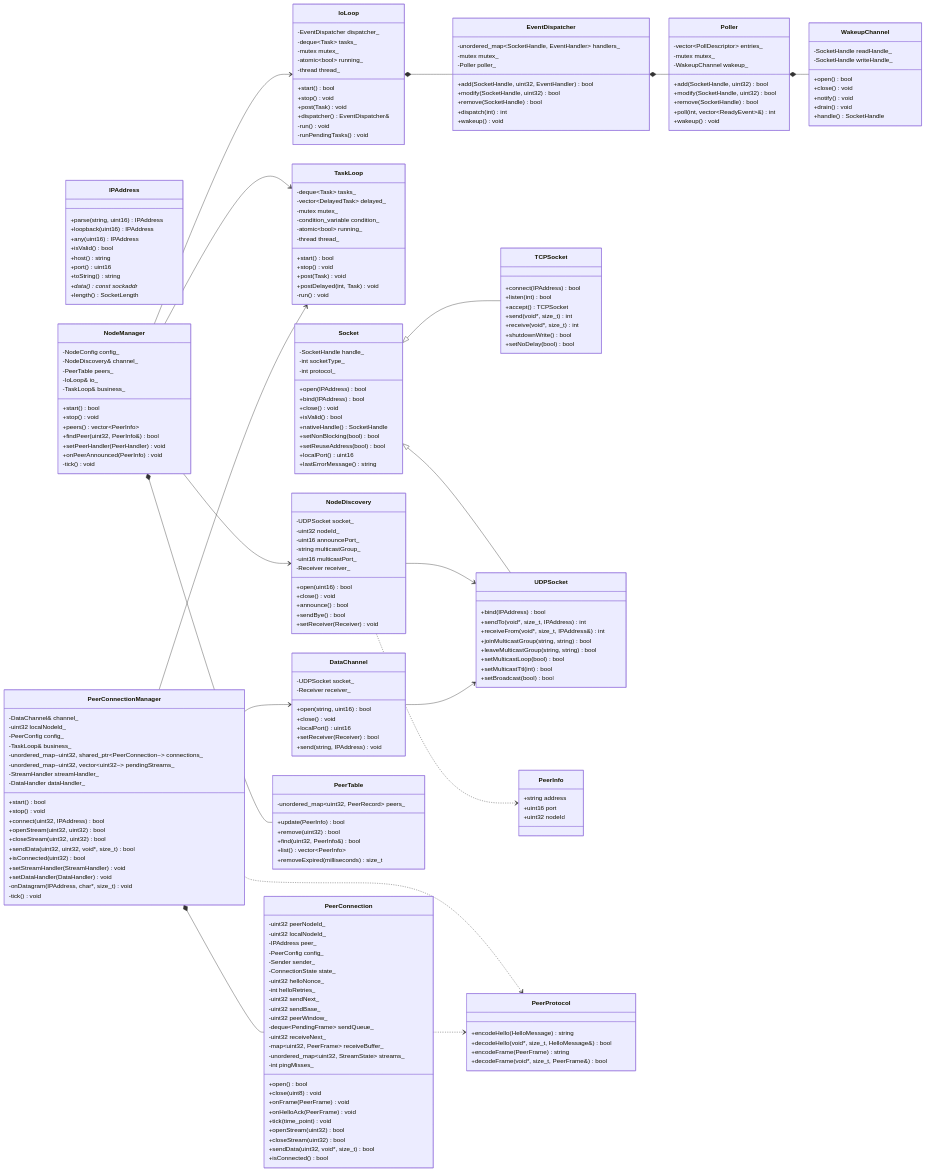
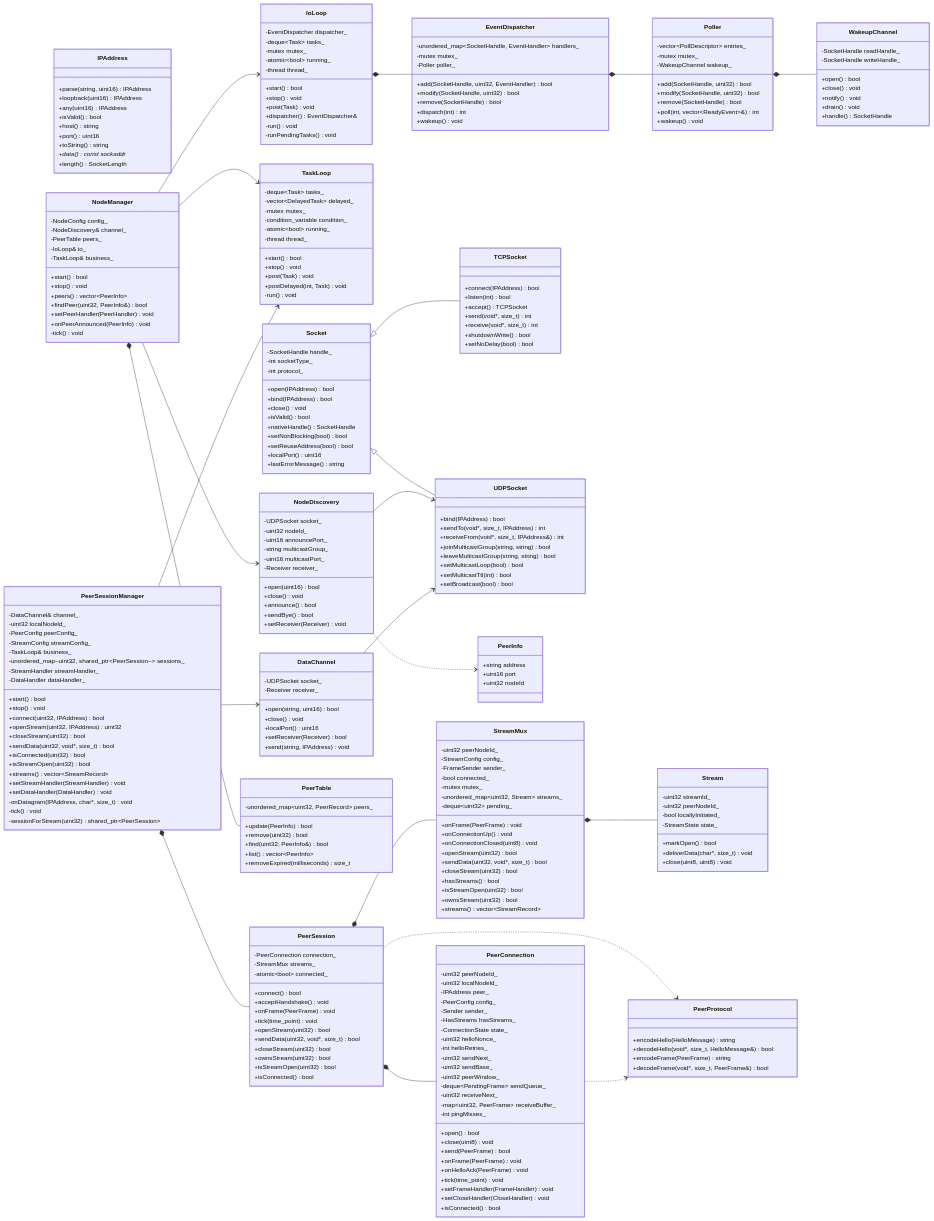
Before and after one commit to GoodBye-cn/NetProxy: the diagram in docs/architecture.md, drawn with Mermaid. The commit also changed other lines of this file and 3 other files, not shown here.

````diff
--- a/docs/architecture.md
+++ b/docs/architecture.md
@@ -187,26 +187,45 @@
         -tick() void
     }
 
-    class PeerConnectionManager {
+    class PeerSessionManager {
         -DataChannel& channel_
         -uint32 localNodeId_
-        -PeerConfig config_
+        -PeerConfig peerConfig_
+        -StreamConfig streamConfig_
         -TaskLoop& business_
-        -unordered_map~uint32, shared_ptr~PeerConnection~~ connections_
-        -unordered_map~uint32, vector~uint32~~ pendingStreams_
+        -unordered_map~uint32, shared_ptr~PeerSession~~ sessions_
         -StreamHandler streamHandler_
         -DataHandler dataHandler_
         +start() bool
         +stop() void
         +connect(uint32, IPAddress) bool
-        +openStream(uint32, uint32) bool
-        +closeStream(uint32, uint32) bool
-        +sendData(uint32, uint32, void*, size_t) bool
+        +openStream(uint32, IPAddress) uint32
+        +closeStream(uint32) bool
+        +sendData(uint32, void*, size_t) bool
         +isConnected(uint32) bool
+        +isStreamOpen(uint32) bool
+        +streams() vector~StreamRecord~
         +setStreamHandler(StreamHandler) void
         +setDataHandler(DataHandler) void
         -onDatagram(IPAddress, char*, size_t) void
         -tick() void
+        -sessionForStream(uint32) shared_ptr~PeerSession~
+    }
+
+    class PeerSession {
+        -PeerConnection connection_
+        -StreamMux streams_
+        -atomic~bool~ connected_
+        +connect() bool
+        +acceptHandshake() void
+        +onFrame(PeerFrame) void
+        +tick(time_point) void
+        +openStream(uint32) bool
+        +sendData(uint32, void*, size_t) bool
+        +closeStream(uint32) bool
+        +ownsStream(uint32) bool
+        +isStreamOpen(uint32) bool
+        +isConnected() bool
     }
 
     class PeerConnection {
@@ -215,6 +234,7 @@
         -IPAddress peer_
         -PeerConfig config_
         -Sender sender_
+        -HasStreams hasStreams_
         -ConnectionState state_
         -uint32 helloNonce_
         -int helloRetries_
@@ -224,17 +244,46 @@
         -deque~PendingFrame~ sendQueue_
         -uint32 receiveNext_
         -map~uint32, PeerFrame~ receiveBuffer_
-        -unordered_map~uint32, StreamState~ streams_
         -int pingMisses_
         +open() bool
         +close(uint8) void
+        +send(PeerFrame) bool
         +onFrame(PeerFrame) void
         +onHelloAck(PeerFrame) void
         +tick(time_point) void
+        +setFrameHandler(FrameHandler) void
+        +setCloseHandler(CloseHandler) void
+        +isConnected() bool
+    }
+
+    class StreamMux {
+        -uint32 peerNodeId_
+        -StreamConfig config_
+        -FrameSender sender_
+        -bool connected_
+        -mutex mutex_
+        -unordered_map~uint32, Stream~ streams_
+        -deque~uint32~ pending_
+        +onFrame(PeerFrame) void
+        +onConnectionUp() void
+        +onConnectionClosed(uint8) void
         +openStream(uint32) bool
+        +sendData(uint32, void*, size_t) bool
         +closeStream(uint32) bool
-        +sendData(uint32, void*, size_t) bool
-        +isConnected() bool
+        +hasStreams() bool
+        +isStreamOpen(uint32) bool
+        +ownsStream(uint32) bool
+        +streams() vector~StreamRecord~
+    }
+
+    class Stream {
+        -uint32 streamId_
+        -uint32 peerNodeId_
+        -bool locallyInitiated_
+        -StreamState state_
+        +markOpen() bool
+        +deliverData(char*, size_t) void
+        +close(uint8, uint8) void
     }
 
     class PeerProtocol {
@@ -256,9 +305,12 @@
     NodeDiscovery --> UDPSocket
     NodeDiscovery ..> PeerInfo
     DataChannel --> UDPSocket
-    PeerConnectionManager *-- PeerConnection
-    PeerConnectionManager --> DataChannel
-    PeerConnectionManager --> TaskLoop
-    PeerConnectionManager ..> PeerProtocol
+    PeerSessionManager *-- PeerSession
+    PeerSessionManager --> DataChannel
+    PeerSessionManager --> TaskLoop
+    PeerSession *-- PeerConnection
+    PeerSession *-- StreamMux
+    StreamMux *-- Stream
+    PeerSession ..> PeerProtocol
     PeerConnection ..> PeerProtocol
 ```
````
